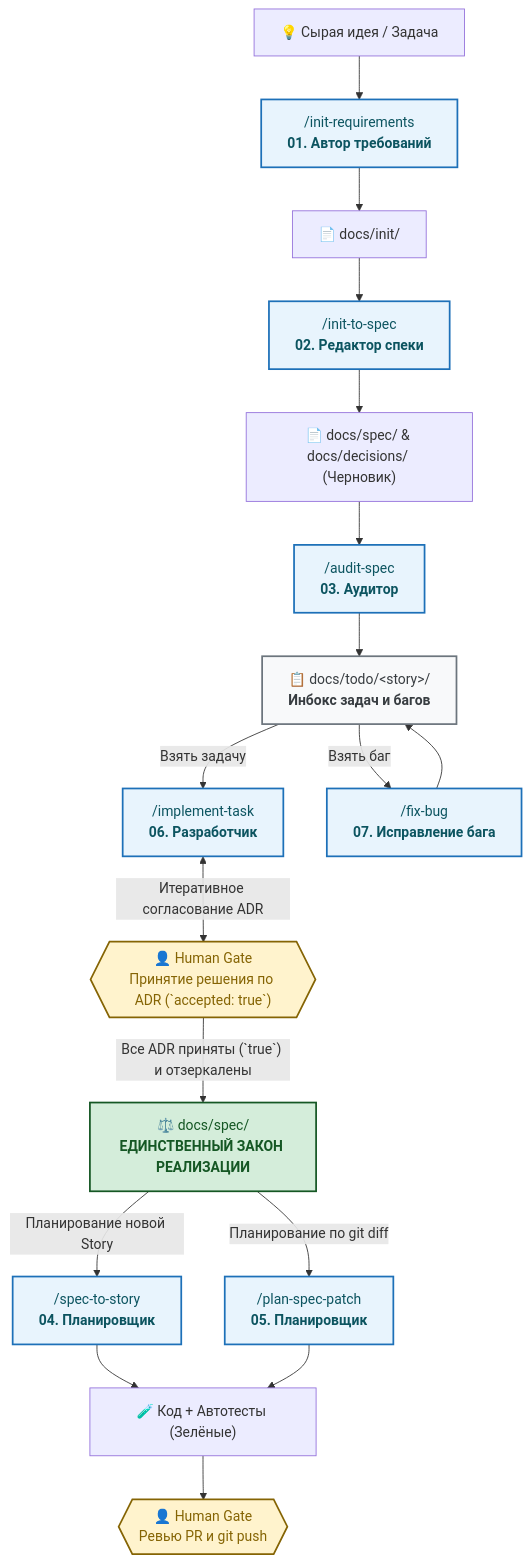
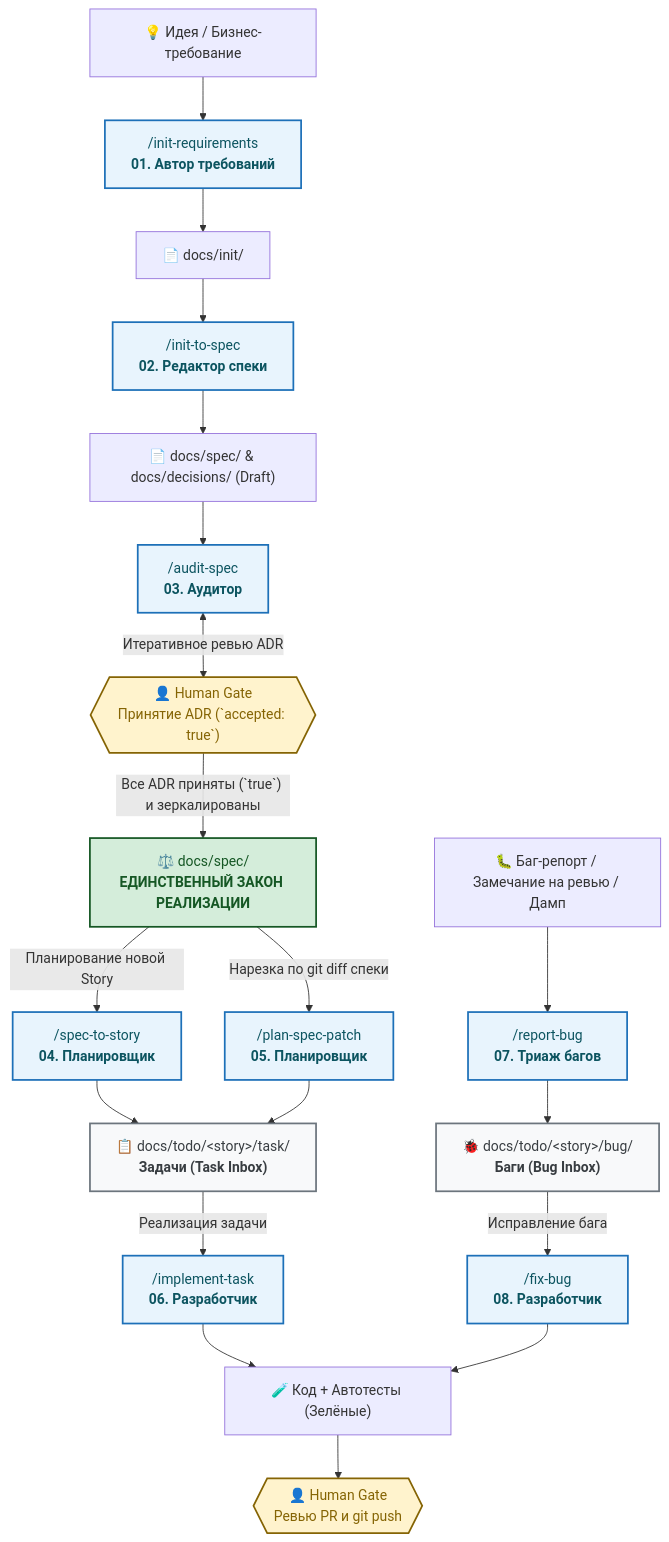
The diagram in README.ru.md (gste/deltafuse), drawn with Mermaid before and after one commit. The commit also changed other lines of this file and 13 other files, not shown here.

Commit message:
feat: add 07-report-bug job, /report-bug skill, inbox support, and Antigravity skills

````diff
--- a/README.ru.md
+++ b/README.ru.md
@@ -15,32 +15,35 @@
 ```mermaid
 flowchart TD
     classDef human fill:#fff3cd,stroke:#856404,stroke-width:2px,color:#856404;
     classDef skill fill:#e8f4fd,stroke:#1d70b8,stroke-width:2px,color:#0c5460;
     classDef law fill:#d4edda,stroke:#155724,stroke-width:2px,color:#155724;
     classDef inbox fill:#f8f9fa,stroke:#6c757d,stroke-width:2px,color:#383d41;
 
-    Raw["💡 Сырая идея / Задача"] --> S1["/init-requirements<br><b>01. Автор требований</b>"]:::skill
+    Raw["💡 Идея / Бизнес-требование"] --> S1["/init-requirements<br><b>01. Автор требований</b>"]:::skill
     S1 --> InitDoc["📄 docs/init/"]
 
     InitDoc --> S2["/init-to-spec<br><b>02. Редактор спеки</b>"]:::skill
-    S2 --> SpecDraft["📄 docs/spec/ & docs/decisions/ (Черновик)"]
+    S2 --> SpecDraft["📄 docs/spec/ & docs/decisions/ (Draft)"]
 
     SpecDraft --> S3["/audit-spec<br><b>03. Аудитор</b>"]:::skill
-    S6 <-->|"Итеративное согласование ADR"| Gate1{{"👤 Human Gate<br>Принятие решения по ADR (`accepted: true`)"}}:::human
+    S3 <-->|"Итеративное ревью ADR"| Gate1{{"👤 Human Gate<br>Принятие ADR (`accepted: true`)"}}:::human
 
-    Gate1 -->|"Все ADR приняты (`true`) и отзеркалены"| SpecLaw["⚖️ docs/spec/<br><b>ЕДИНСТВЕННЫЙ ЗАКОН РЕАЛИЗАЦИИ</b>"]:::law
+    Gate1 -->|"Все ADR приняты (`true`) и зеркалированы"| SpecLaw["⚖️ docs/spec/<br><b>ЕДИНСТВЕННЫЙ ЗАКОН РЕАЛИЗАЦИИ</b>"]:::law
 
     SpecLaw -->|"Планирование новой Story"| S4["/spec-to-story<br><b>04. Планировщик</b>"]:::skill
-    SpecLaw -->|"Планирование по git diff"| S5["/plan-spec-patch<br><b>05. Планировщик</b>"]:::skill
+    SpecLaw -->|"Нарезка по git diff спеки"| S5["/plan-spec-patch<br><b>05. Планировщик</b>"]:::skill
 
-    S3 --> Inbox["📋 docs/todo/&lt;story&gt;/<br><b>Инбокс задач и багов</b>"]:::inbox
-    S7 --> Inbox
+    RawBug["🐛 Баг-репорт / Замечание на ревью / Дамп"] --> S7["/report-bug<br><b>07. Триаж багов</b>"]:::skill
 
-    Inbox -->|"Взять задачу"| S6["/implement-task<br><b>06. Разработчик</b>"]:::skill
-    Inbox -->|"Взять баг"| S7["/fix-bug<br><b>07. Исправление бага</b>"]:::skill
+    S4 --> TaskInbox["📋 docs/todo/&lt;story&gt;/task/<br><b>Задачи (Task Inbox)</b>"]:::inbox
+    S5 --> TaskInbox
+    S7 --> BugInbox["🐞 docs/todo/&lt;story&gt;/bug/<br><b>Баги (Bug Inbox)</b>"]:::inbox
 
-    S4 --> Code["🧪 Код + Автотесты (Зелёные)"]
-    S5 --> Code
+    TaskInbox -->|"Реализация задачи"| S6["/implement-task<br><b>06. Разработчик</b>"]:::skill
+    BugInbox -->|"Исправление бага"| S8["/fix-bug<br><b>08. Разработчик</b>"]:::skill
+
+    S6 --> Code["🧪 Код + Автотесты (Зелёные)"]
+    S8 --> Code
 
     Code --> Gate2{{"👤 Human Gate<br>Ревью PR и git push"}}:::human
 ```
````
